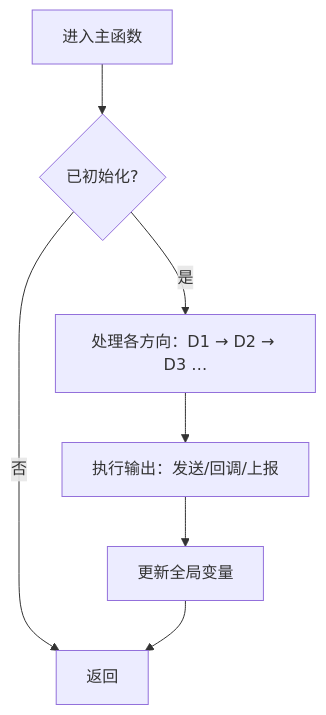
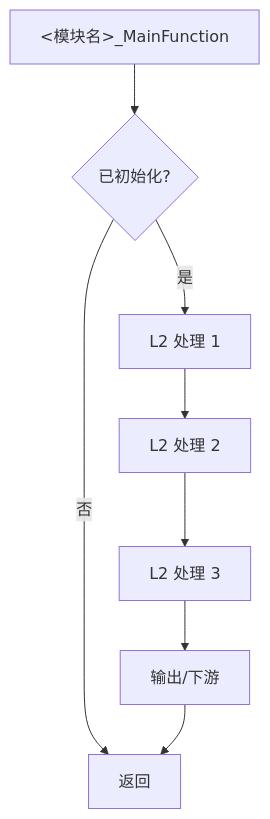
One commit to luokai123456/AUTOSAR- changed the diagram in AUTOSAR/模块/_模块模板/04_MainFunction流程/MainFunction调用逻辑模板.md. Above: the diagram before and after it, drawn with Mermaid. The commit also changed other lines of this file and 21 other files, not shown here.

````diff
--- a/AUTOSAR/模块/_模块模板/04_MainFunction流程/MainFunction调用逻辑模板.md
+++ b/AUTOSAR/模块/_模块模板/04_MainFunction流程/MainFunction调用逻辑模板.md
@@ -38,9 +29,10 @@
 ```mermaid
 flowchart TD
-    A["进入主函数"] --> B{"已初始化?"}
+    A["<模块名>_MainFunction"] --> B{"已初始化?"}
     B -- 否 --> Z["返回"]
-    B -- 是 --> C["处理各方向：D1 → D2 → D3 …"]
-    C --> D["执行输出：发送/回调/上报"]
-    D --> E["更新全局变量"]
-    E --> Z
+    B -- 是 --> C["L2 处理 1"]
+    C --> D["L2 处理 2"]
+    D --> E["L2 处理 3"]
+    E --> F["输出/下游"]
+    F --> Z
 ```
````
